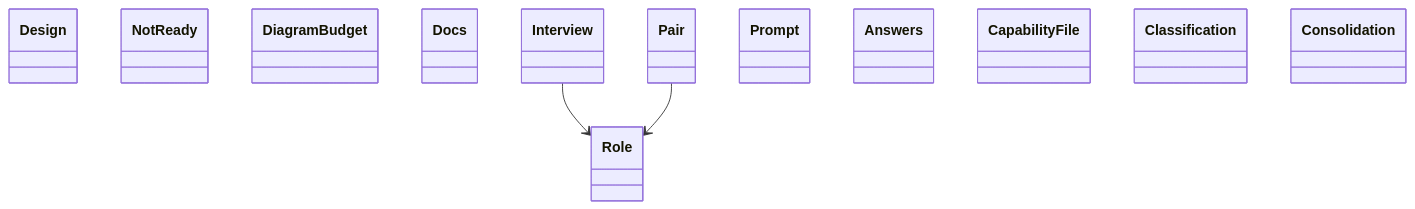
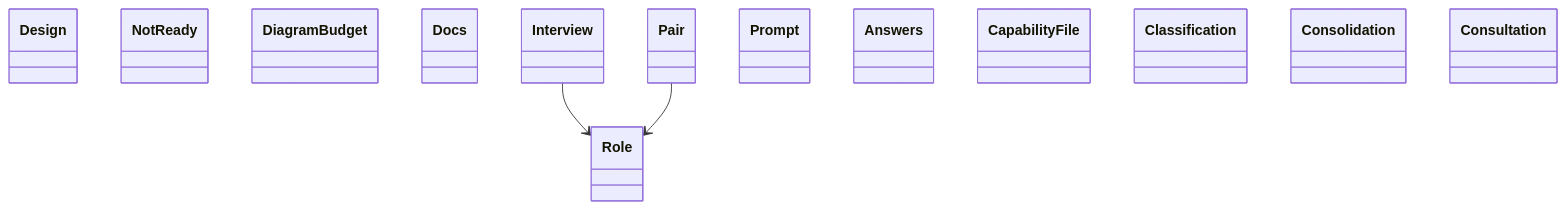
One commit to GonzaloZevallos/agentic-system changed the diagram in docs/architecture/generated/classes-process-domain-roles-1.md. Above: the diagram before and after it, drawn with Mermaid. The commit also changed other lines of this file and 19 other files, not shown here.

Commit message:
Regenerate the architecture pages for the roles cluster

````diff
--- a/docs/architecture/generated/classes-process-domain-roles-1.md
+++ b/docs/architecture/generated/classes-process-domain-roles-1.md
@@ -25,17 +25,18 @@
 ```mermaid
 classDiagram
     class design__Design["Design"]
     class design__NotReady["NotReady"]
     class docs__DiagramBudget["DiagramBudget"]
     class docs__Docs["Docs"]
     class roles__Interview["Interview"]
     class roles__Pair["Pair"]
     class roles__Prompt["Prompt"]
     class roles__Role["Role"]
     class schemas__Answers["Answers"]
     class schemas__CapabilityFile["CapabilityFile"]
     class schemas__Classification["Classification"]
     class schemas__Consolidation["Consolidation"]
+    class schemas__Consultation["Consultation"]
     roles__Interview --> roles__Role
     roles__Pair --> roles__Role
 ```
````
